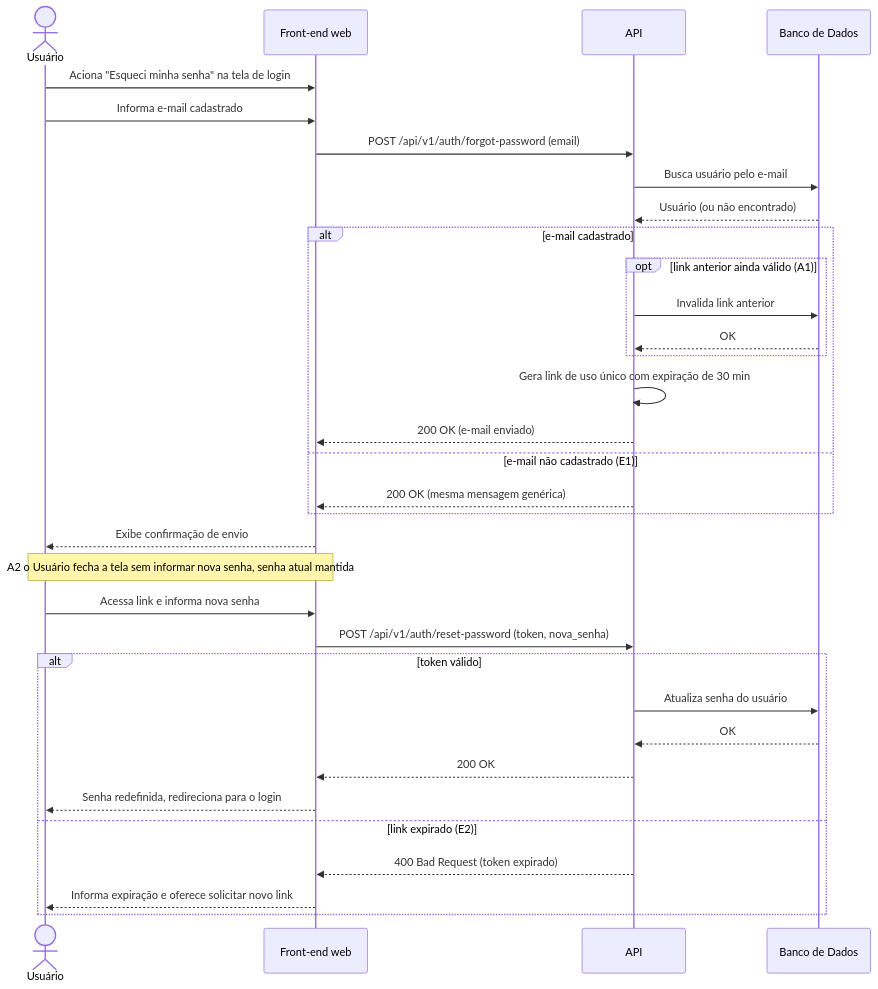
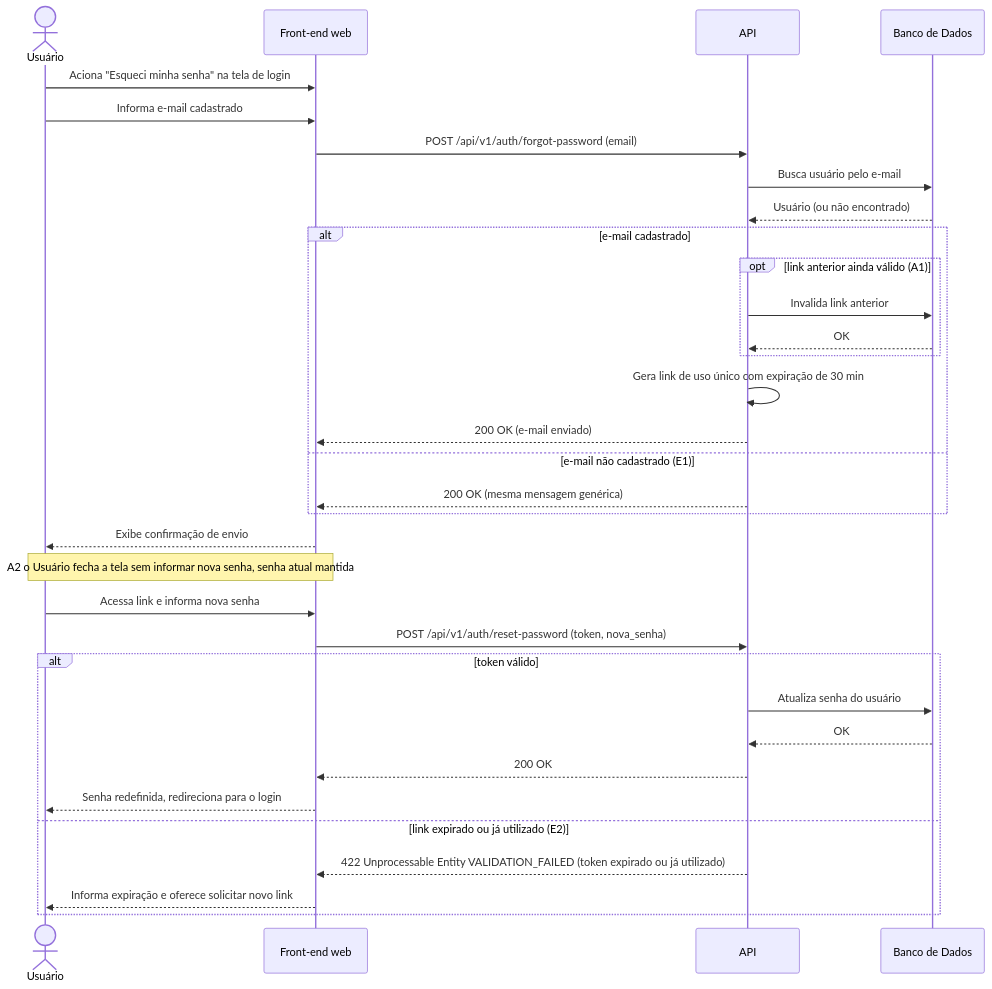
The diagram in docs/ssd/UC011-recuperar-senha.md (Plataforma-de-Cursos-TCC/plataforma-cursos-docs), drawn with Mermaid before and after one commit. The commit also changed 25 other files, not shown here.

````diff
--- a/docs/ssd/UC011-recuperar-senha.md
+++ b/docs/ssd/UC011-recuperar-senha.md
@@ -5,36 +5,36 @@
 ```mermaid
 sequenceDiagram
     actor Usuário
     participant FE as Front-end web
     participant API
     participant DB as Banco de Dados
 
     Usuário->>FE: Aciona "Esqueci minha senha" na tela de login
     Usuário->>FE: Informa e-mail cadastrado
     FE->>API: POST /api/v1/auth/forgot-password (email)
     API->>DB: Busca usuário pelo e-mail
     DB-->>API: Usuário (ou não encontrado)
     alt e-mail cadastrado
         opt link anterior ainda válido (A1)
             API->>DB: Invalida link anterior
             DB-->>API: OK
         end
         API->>API: Gera link de uso único com expiração de 30 min
         API-->>FE: 200 OK (e-mail enviado)
     else e-mail não cadastrado (E1)
         API-->>FE: 200 OK (mesma mensagem genérica)
     end
     FE-->>Usuário: Exibe confirmação de envio
     Note over Usuário,FE: A2 o Usuário fecha a tela sem informar nova senha, senha atual mantida
     Usuário->>FE: Acessa link e informa nova senha
     FE->>API: POST /api/v1/auth/reset-password (token, nova_senha)
     alt token válido
         API->>DB: Atualiza senha do usuário
         DB-->>API: OK
         API-->>FE: 200 OK
         FE-->>Usuário: Senha redefinida, redireciona para o login
-    else link expirado (E2)
-        API-->>FE: 400 Bad Request (token expirado)
+    else link expirado ou já utilizado (E2)
+        API-->>FE: 422 Unprocessable Entity VALIDATION_FAILED (token expirado ou já utilizado)
         FE-->>Usuário: Informa expiração e oferece solicitar novo link
     end
 ```
````
